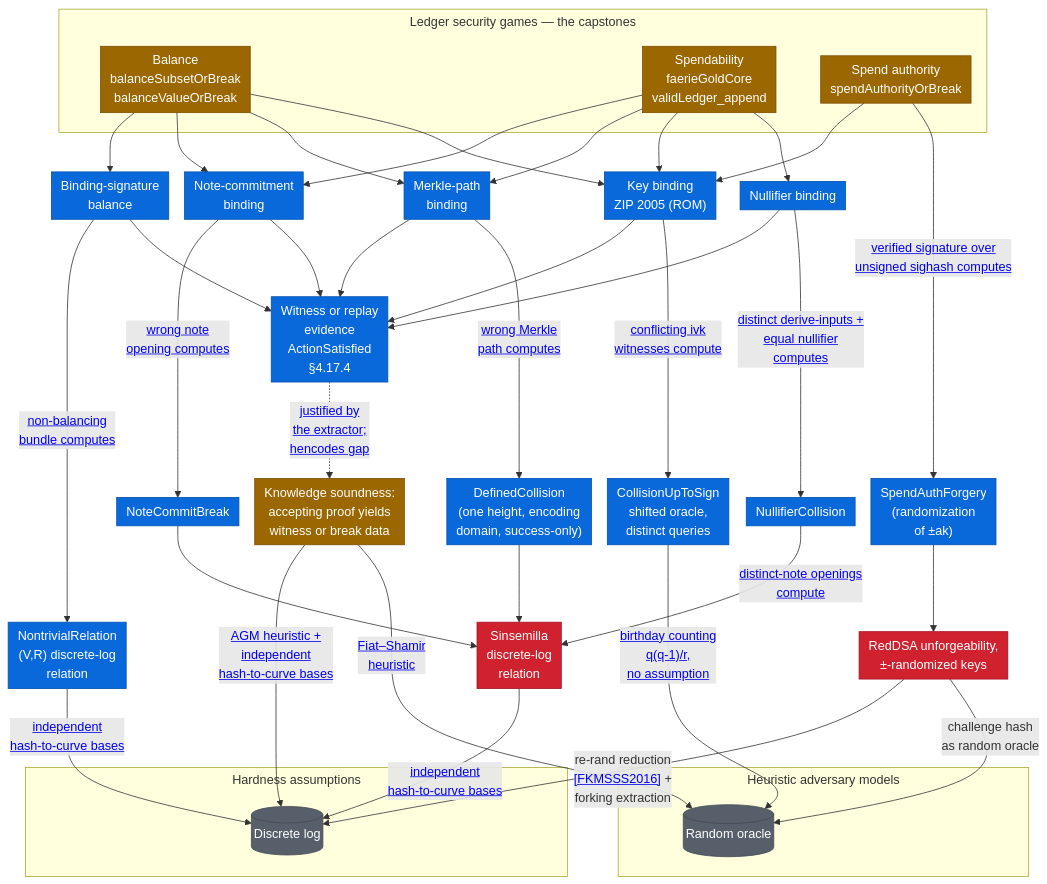
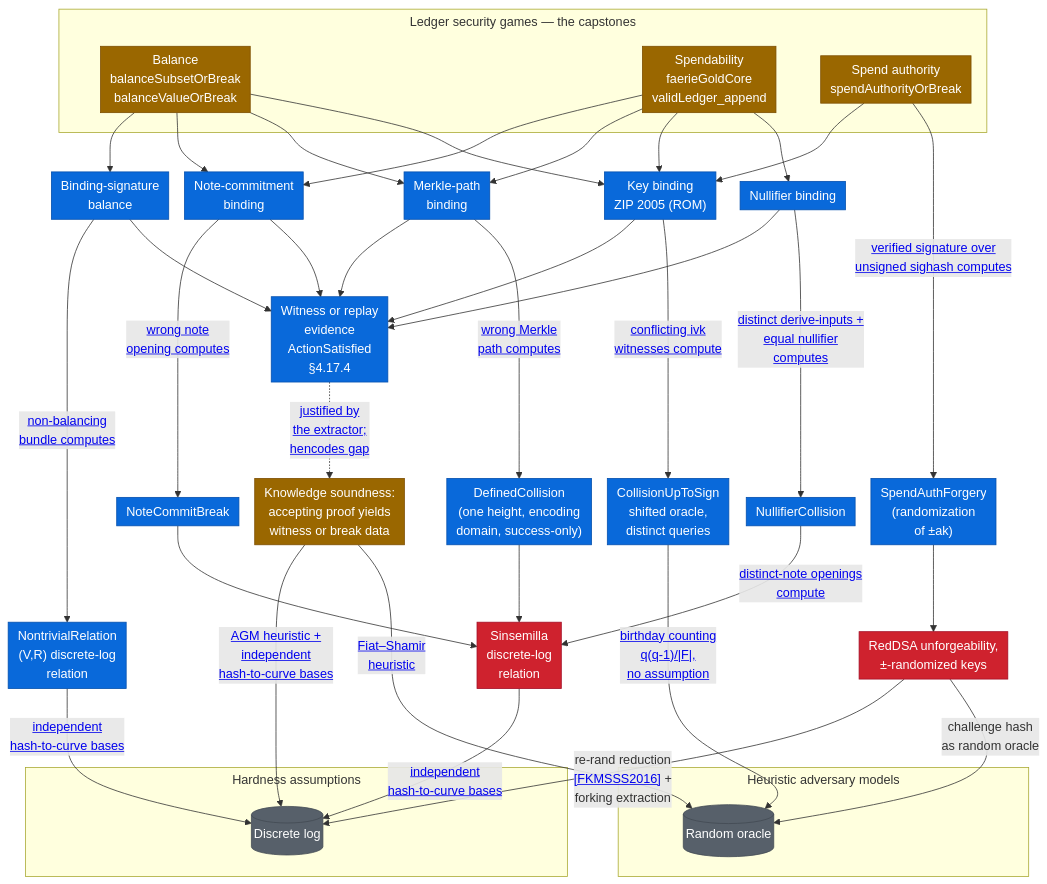
One commit to daira/ironwood changed the diagram in book/src/formal-verification/security-definitions.md. Above: the diagram before and after it, drawn with Mermaid. The commit also changed other lines of this file and 2 other files, not shown here.

Commit message:
fv: scope the key-binding numeric bound to the intended instantiation
The birthday bound's denominator is the cardinality of the abstract
randomness type: `q(q-1)/|RIVK|`, and nothing in scope pins `|RIVK|` to
the Pallas scalar order. The KeyBinding module docs and the book's
security-definitions page wrote `|RIVK| = r` and `q(q-1)/r` outright;
they now scope the concrete level to the intended Pallas instantiation.
The theorems are parametric, and an undersized instantiation makes them
vacuous rather than falsely secure.

```diff
--- a/book/src/formal-verification/security-definitions.md
+++ b/book/src/formal-verification/security-definitions.md
@@ -74,7 +74,7 @@
   KS --->|"<a target='_blank' href='https://github.com/zcash/ironwood/blob/main/Zcash/Snark/Soundness/AGM/Capstone.lean'>AGM heuristic +<br/>independent<br/>hash-to-curve bases</a>"| DL
   KS -->|"<a target='_blank' href='https://github.com/zcash/ironwood/tree/main/Zcash/Snark/Soundness/Forking'>Fiat–Shamir<br/>heuristic</a>"| ROM
   MC --> SDLR
-  CUS --->|"<a target='_blank' href='https://github.com/zcash/ironwood/blob/main/Zcash/Security/Common/Birthday.lean'>birthday counting<br/>q(q-1)/r,<br/>no assumption</a>"| ROM
+  CUS --->|"<a target='_blank' href='https://github.com/zcash/ironwood/blob/main/Zcash/Security/Common/Birthday.lean'>birthday counting<br/>q(q-1)/|F|,<br/>no assumption</a>"| ROM
   NFC -->|"<a target='_blank' href='https://github.com/zcash/ironwood/blob/main/Zcash/Security/Ledger/Nullifier.lean'>distinct-note openings<br/>compute</a>"| SDLR
   SAF --> RDSA["RedDSA unforgeability,<br/>±-randomized keys"]
   RDSA -->|"re-rand reduction<br/><a target='_blank' href='https://eprint.iacr.org/2015/395'>[FKMSSS2016]</a> +<br/>forking extraction"| DL
```
